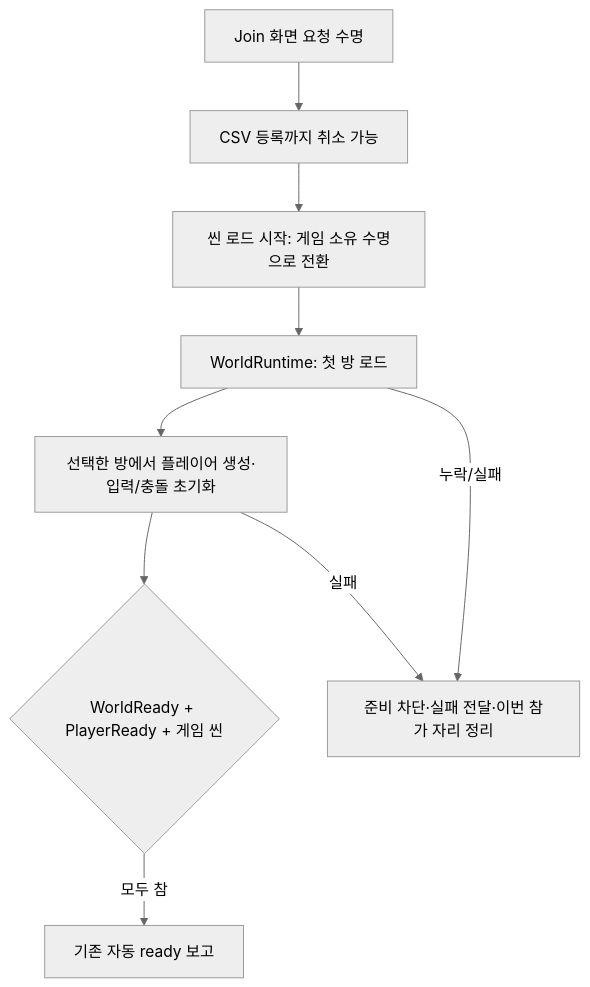
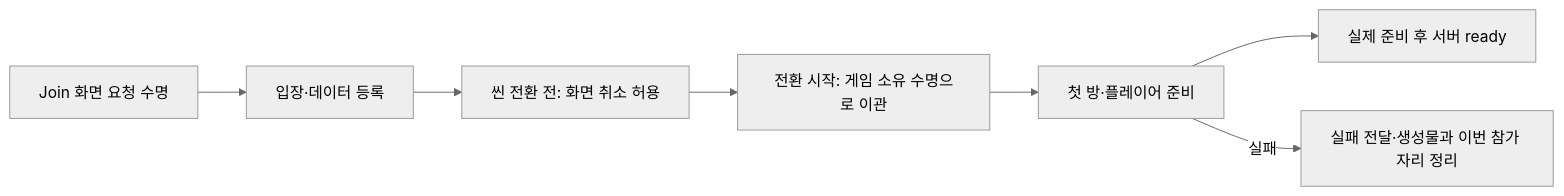
The diagram in Docs/EntryConsistency.md (lkhwcf-arch/-listen), drawn with Mermaid (neutral theme) before and after one commit. The commit also changed other lines of this file and 32 other files, not shown here.

````diff
--- a/Docs/EntryConsistency.md
+++ b/Docs/EntryConsistency.md
@@ -41,11 +9,9 @@
 ```mermaid
-flowchart TD
-    UI[Join 화면 요청 수명] --> DATA[CSV 등록까지 취소 가능]
-    DATA --> COMMIT[씬 로드 시작: 게임 소유 수명으로 전환]
-    COMMIT --> WORLD[WorldRuntime: 첫 방 로드]
-    WORLD --> PLAYER[선택한 방에서 플레이어 생성·입력/충돌 초기화]
-    PLAYER --> READY{WorldReady + PlayerReady + 게임 씬}
-    READY -->|모두 참| REPORT[기존 자동 ready 보고]
-    WORLD -->|누락/실패| FAIL[준비 차단·실패 전달·이번 참가 자리 정리]
-    PLAYER -->|실패| FAIL
+flowchart LR
+    MENU[Join 화면 요청 수명] --> ENTRY[입장·데이터 등록]
+    ENTRY --> BEFORE[씬 전환 전: 화면 취소 허용]
+    BEFORE --> LOAD[전환 시작: 게임 소유 수명으로 이관]
+    LOAD --> WORLD[첫 방·플레이어 준비]
+    WORLD --> READY[실제 준비 후 서버 ready]
+    WORLD -->|실패| CLEAN[실패 전달·생성물과 이번 참가 자리 정리]
 ```
````
